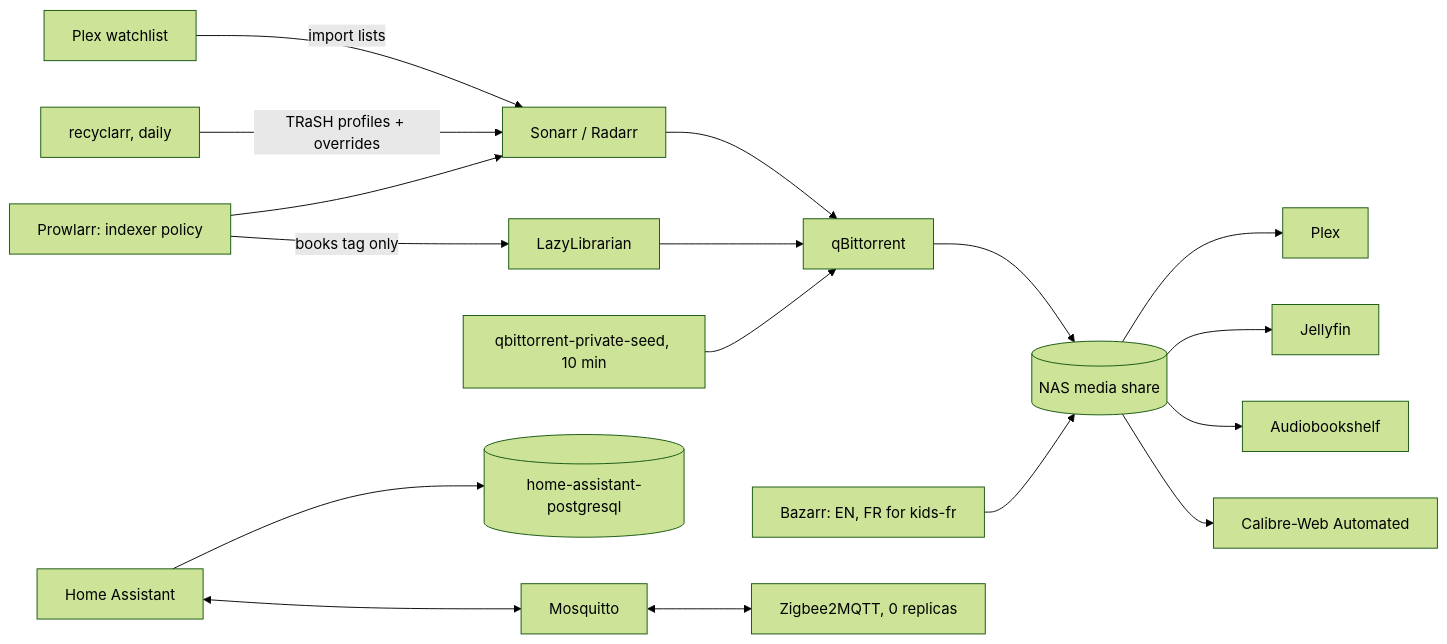
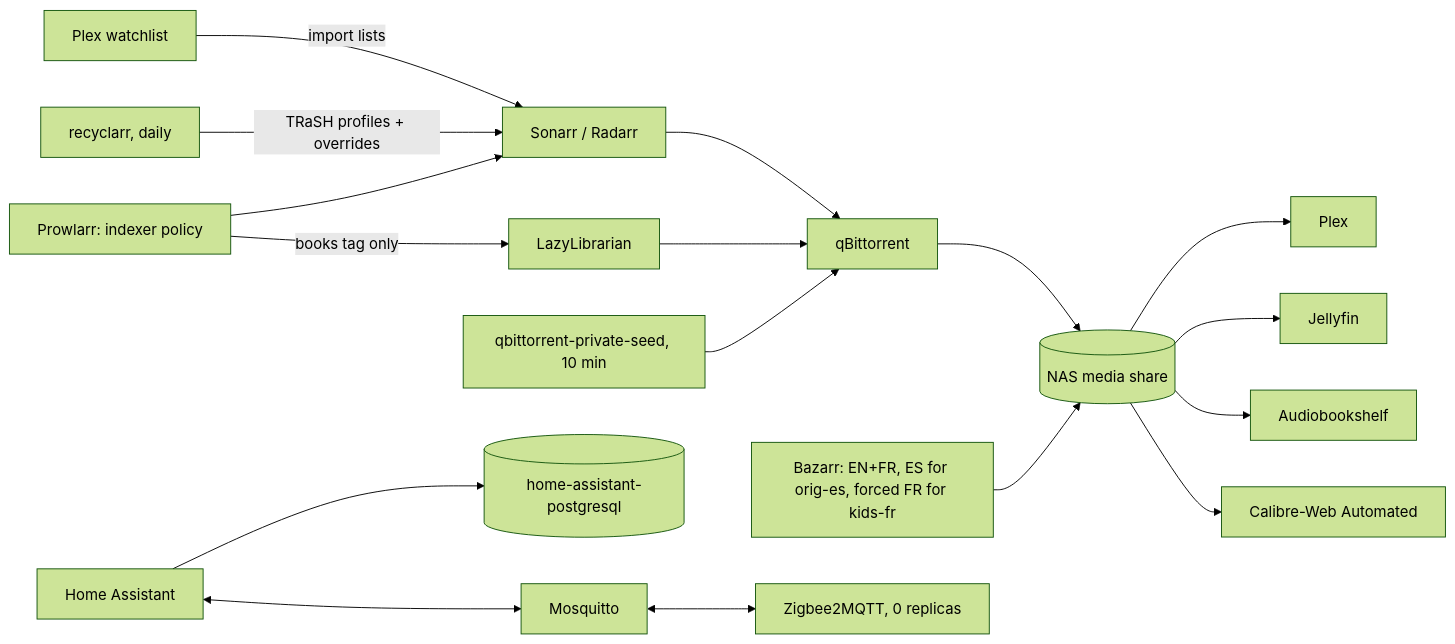
Before and after one commit to ned-si/homelab: the diagram in .kiro/specs/media-home/design.md, drawn with Mermaid (forest theme). The commit also changed other lines of this file and 22 other files, not shown here.

````diff
--- a/.kiro/specs/media-home/design.md
+++ b/.kiro/specs/media-home/design.md
@@ -5,15 +5,15 @@
 ```mermaid
 flowchart LR
   PW[Plex watchlist] -->|import lists| SR[Sonarr / Radarr]
   RC[recyclarr, daily] -->|TRaSH profiles + overrides| SR
   PR[Prowlarr: indexer policy] --> SR
   PR -->|books tag only| LL[LazyLibrarian]
   SR --> QB[qBittorrent] --> NFS[(NAS media share)]
   LL --> QB
   QS[qbittorrent-private-seed, 10 min] --> QB
-  BZ[Bazarr: EN, FR for kids-fr] --> NFS
+  BZ[Bazarr: EN+FR, ES for orig-es, forced FR for kids-fr] --> NFS
   NFS --> PX[Plex] & JF[Jellyfin]
   NFS --> ABS[Audiobookshelf] & CWA[Calibre-Web Automated]
   HA[Home Assistant] --> HPG[(home-assistant-postgresql)]
   HA <--> MQ[Mosquitto] <--> Z2M[Zigbee2MQTT, 0 replicas]
 ```
````
